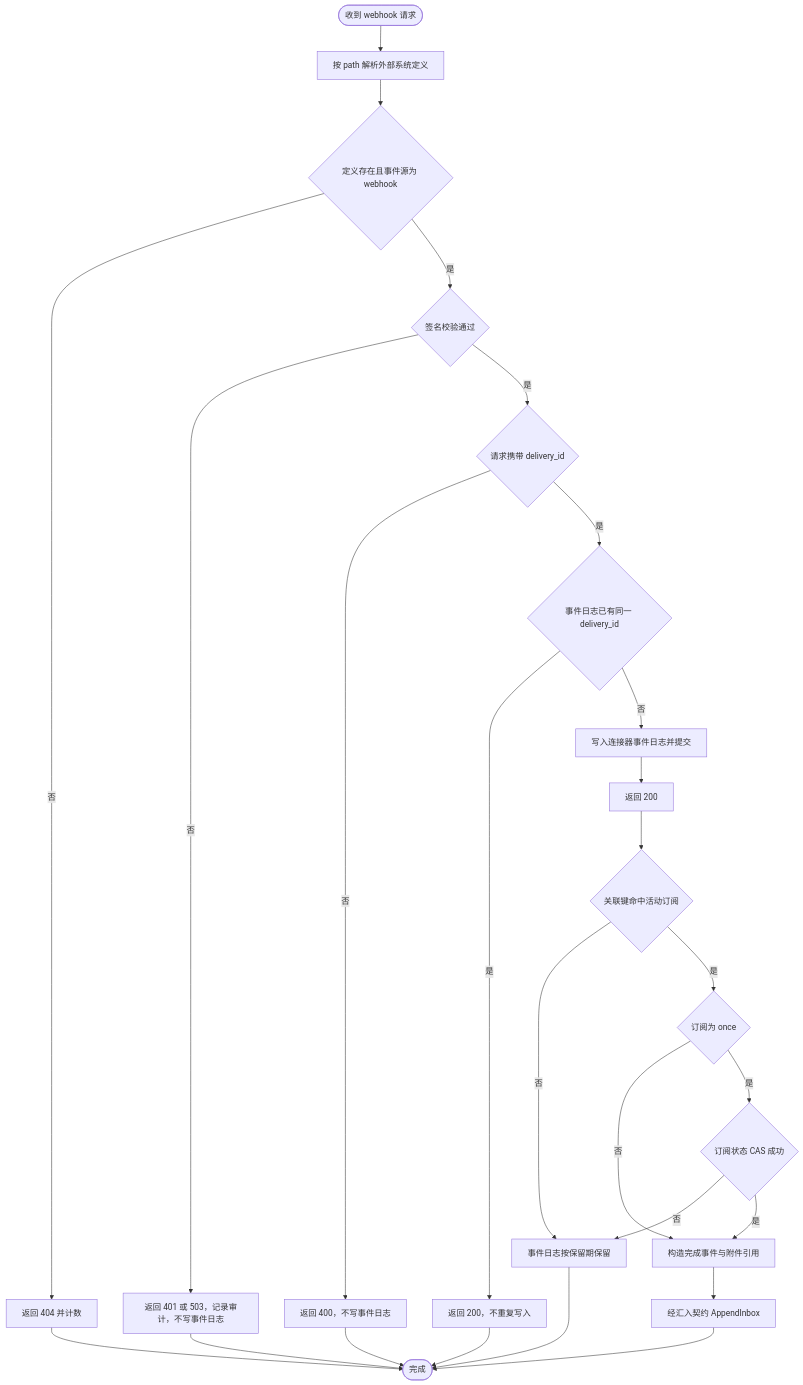
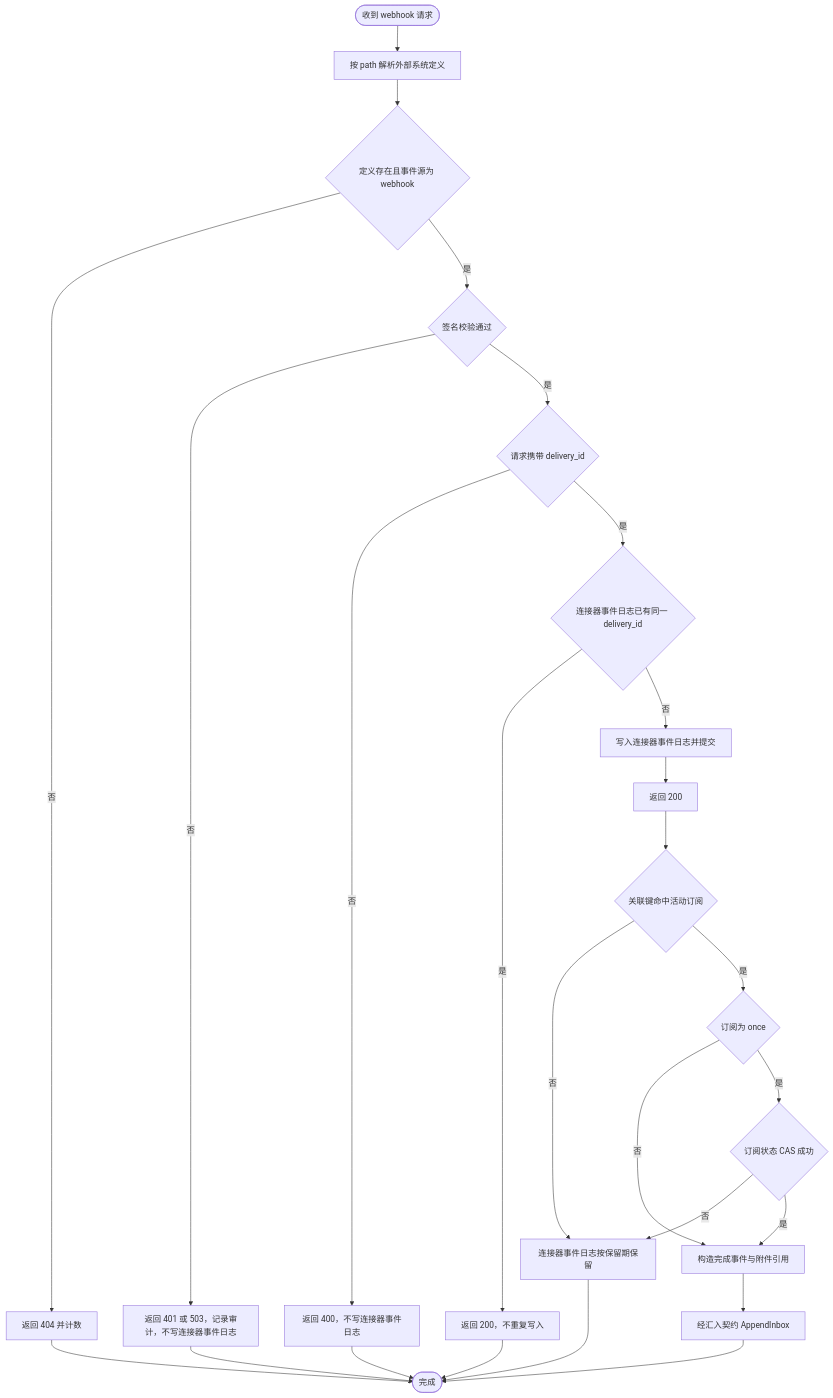
The third of 4 diagrams in docs/design/modules/connectorhub/design-connectorhub.md (wangzw/castworks), drawn with Mermaid before and after one commit. The commit also changed other lines of this file and 37 other files, not shown here.

````diff
--- a/docs/design/modules/connectorhub/design-connectorhub.md
+++ b/docs/design/modules/connectorhub/design-connectorhub.md
@@ -355,28 +384,28 @@
 ```mermaid
 flowchart TD
     start(["收到 webhook 请求"]) --> route["按 path 解析外部系统定义"]
     route --> known{"定义存在且事件源为 webhook"}
     known -- 否 --> notfound["返回 404 并计数"]
     known -- 是 --> sig{"签名校验通过"}
-    sig -- 否 --> unauthorized["返回 401 或 503，记录审计，不写事件日志"]
+    sig -- 否 --> unauthorized["返回 401 或 503，记录审计，不写连接器事件日志"]
     sig -- 是 --> did{"请求携带 delivery_id"}
-    did -- 否 --> bad["返回 400，不写事件日志"]
-    did -- 是 --> dup{"事件日志已有同一 delivery_id"}
+    did -- 否 --> bad["返回 400，不写连接器事件日志"]
+    did -- 是 --> dup{"连接器事件日志已有同一 delivery_id"}
     dup -- 是 --> okdup["返回 200，不重复写入"]
     dup -- 否 --> write["写入连接器事件日志并提交"]
     write --> ack["返回 200"]
     ack --> match{"关联键命中活动订阅"}
-    match -- 否 --> retain["事件日志按保留期保留"]
+    match -- 否 --> retain["连接器事件日志按保留期保留"]
     match -- 是 --> lifetime{"订阅为 once"}
     lifetime -- 否 --> completion["构造完成事件与附件引用"]
     lifetime -- 是 --> cas{"订阅状态 CAS 成功"}
     cas -- 否 --> retain
     cas -- 是 --> completion
     completion --> append["经汇入契约 AppendInbox"]
     append --> done(["完成"])
     retain --> done
     okdup --> done
     notfound --> done
     unauthorized --> done
     bad --> done
 ```
````
